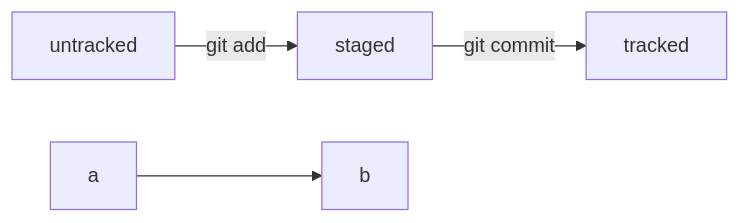
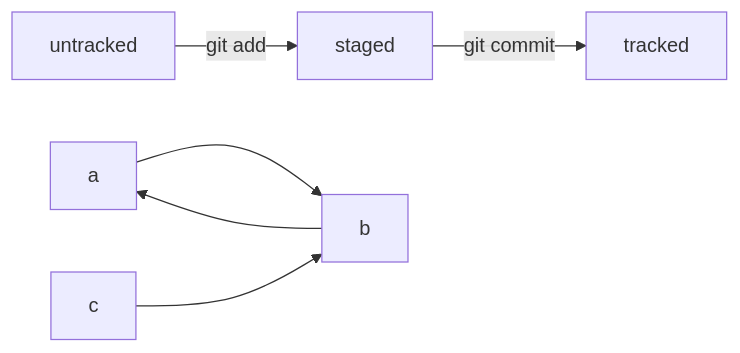
Before and after one commit to vzuh/empty: the diagram in readme.md, drawn with Mermaid.

Commit message:
example for readme.md

````diff
--- a/readme.md
+++ b/readme.md
@@ -7,10 +7,12 @@
 ```mermaid
 
 graph LR;
     untracked -- "git add" --> staged;
     staged -- "git commit" --> tracked;
 
 %% example comment
 a --> b
+c --> b
+b --> a
 
 ```
````
